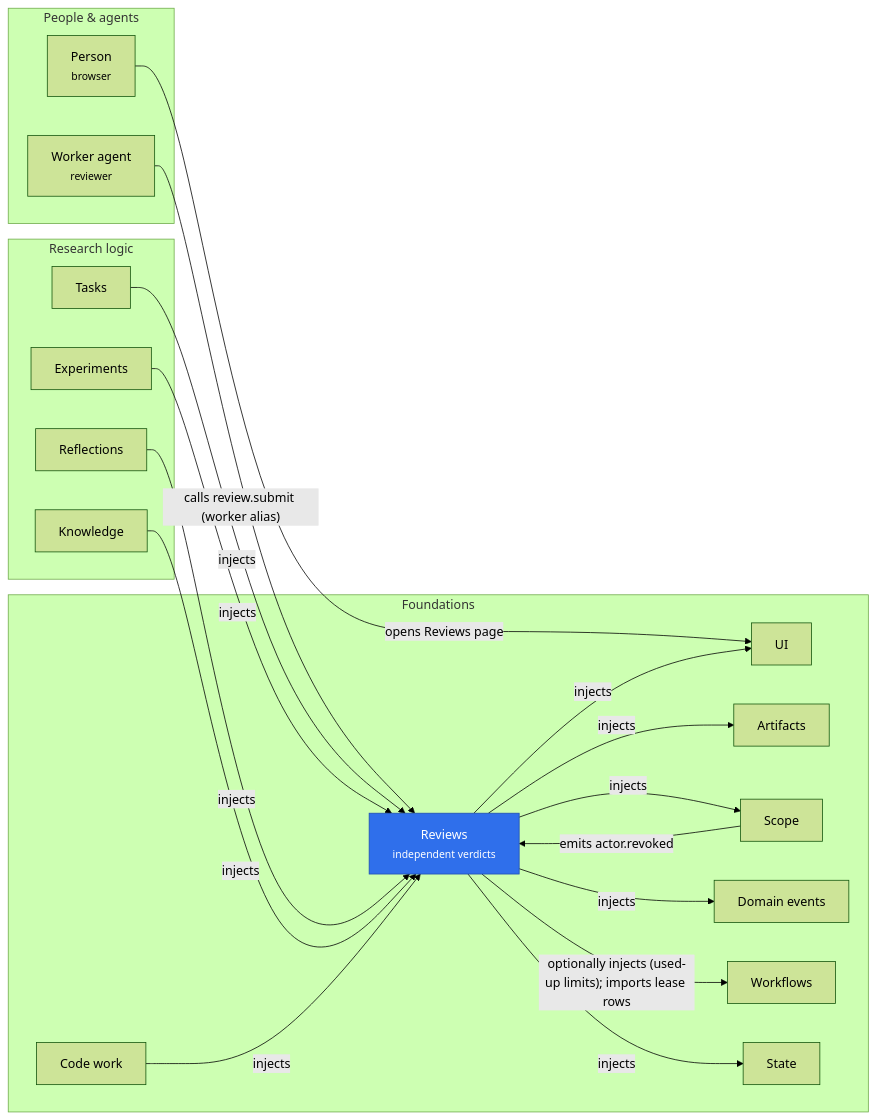
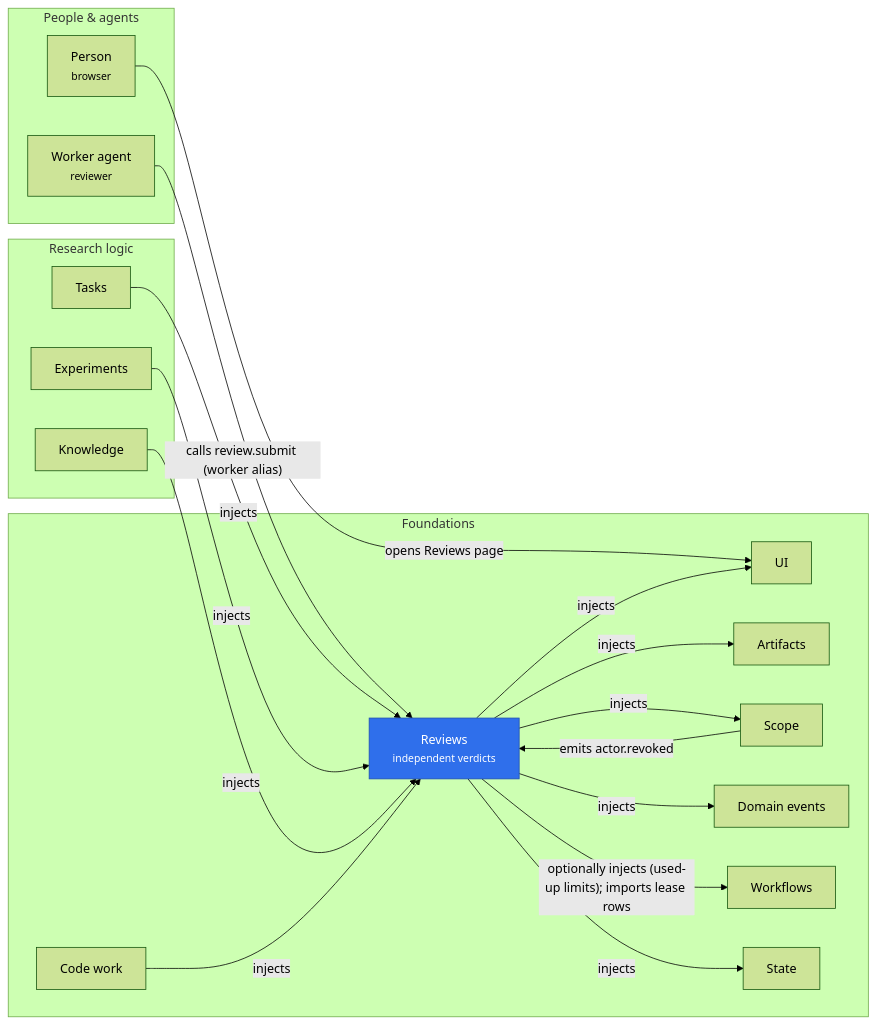
One commit to rapidreview-io/Merv changed the diagram in merv-typescript/packages/reviews/README.md. Above: the diagram before and after it, drawn with Mermaid (forest theme). The commit also changed other lines of this file and 132 other files, not shown here.

````diff
--- a/merv-typescript/packages/reviews/README.md
+++ b/merv-typescript/packages/reviews/README.md
@@ -11,39 +11,37 @@
 ```mermaid
 flowchart LR
   subgraph peopleLayer["People & agents"]
     person["Person<br/><small>browser</small>"]
     workerAgent["Worker agent<br/><small>reviewer</small>"]
   end
   subgraph researchLayer["Research logic"]
     tasks["Tasks"]
     experiments["Experiments"]
-    reflections["Reflections"]
     knowledge["Knowledge"]
   end
   subgraph foundationsLayer["Foundations"]
     reviews["Reviews<br/><small>independent verdicts</small>"]
     codeWork["Code work"]
     ui["UI"]
     artifacts["Artifacts"]
     scope["Scope"]
     domainEvents["Domain events"]
     workflows["Workflows"]
     state["State"]
   end
   workerAgent -- "calls review.submit (worker alias)" --> reviews
   person -- "opens Reviews page" --> ui
   reviews -- "injects" --> ui
   tasks -- "injects" --> reviews
   experiments -- "injects" --> reviews
-  reflections -- "injects" --> reviews
   knowledge -- "injects" --> reviews
   codeWork -- "injects" --> reviews
   reviews -- "injects" --> artifacts
   reviews -- "injects" --> scope
   reviews -- "injects" --> domainEvents
   reviews -- "injects" --> state
   reviews -- "optionally injects (used-up limits); imports lease rows" --> workflows
   scope -- "emits actor.revoked" --> reviews
   classDef self fill:#2f6feb,color:#fff,stroke:#1f4fb0
   class reviews self
 ```
````
